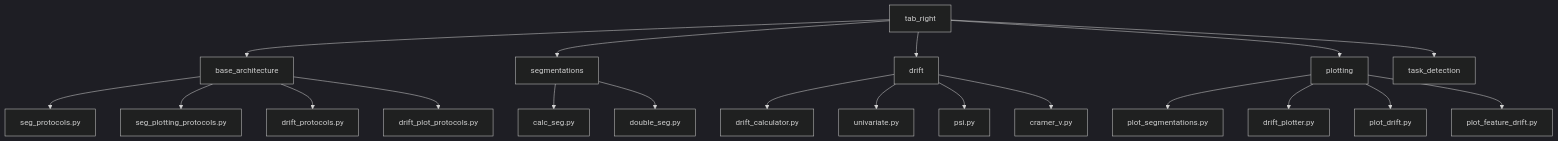
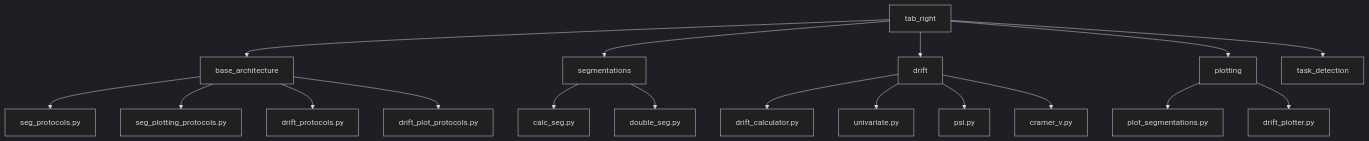
Before and after one commit to DanielAvdar/Tab-right: the second of 4 diagrams in docs/source/architecture.rst, drawn with Mermaid (dark theme). The commit also changed 9 other files, not shown here.

First line of the commit message:
Deprecate and remove plot_drift.py and plot_feature_drift.py in favor of DriftPlotter (#88)

```diff
--- a/docs/source/architecture.rst
+++ b/docs/source/architecture.rst
@@ -65,26 +65,24 @@
 .. mermaid::
 
    graph TD
       A[tab_right] --> B[base_architecture]
       A --> C[segmentations]
       A --> D[drift]
       A --> E[plotting]
       A --> F[task_detection]
 
       B --> B1[seg_protocols.py]
       B --> B2[seg_plotting_protocols.py]
       B --> B3[drift_protocols.py]
       B --> B4[drift_plot_protocols.py]
 
       C --> C1[calc_seg.py]
       C --> C2[double_seg.py]
 
       D --> D1[drift_calculator.py]
       D --> D2[univariate.py]
       D --> D3[psi.py]
       D --> D4[cramer_v.py]
 
       E --> E1[plot_segmentations.py]
       E --> E2[drift_plotter.py]
-      E --> E3[plot_drift.py]
-      E --> E4[plot_feature_drift.py]
```
